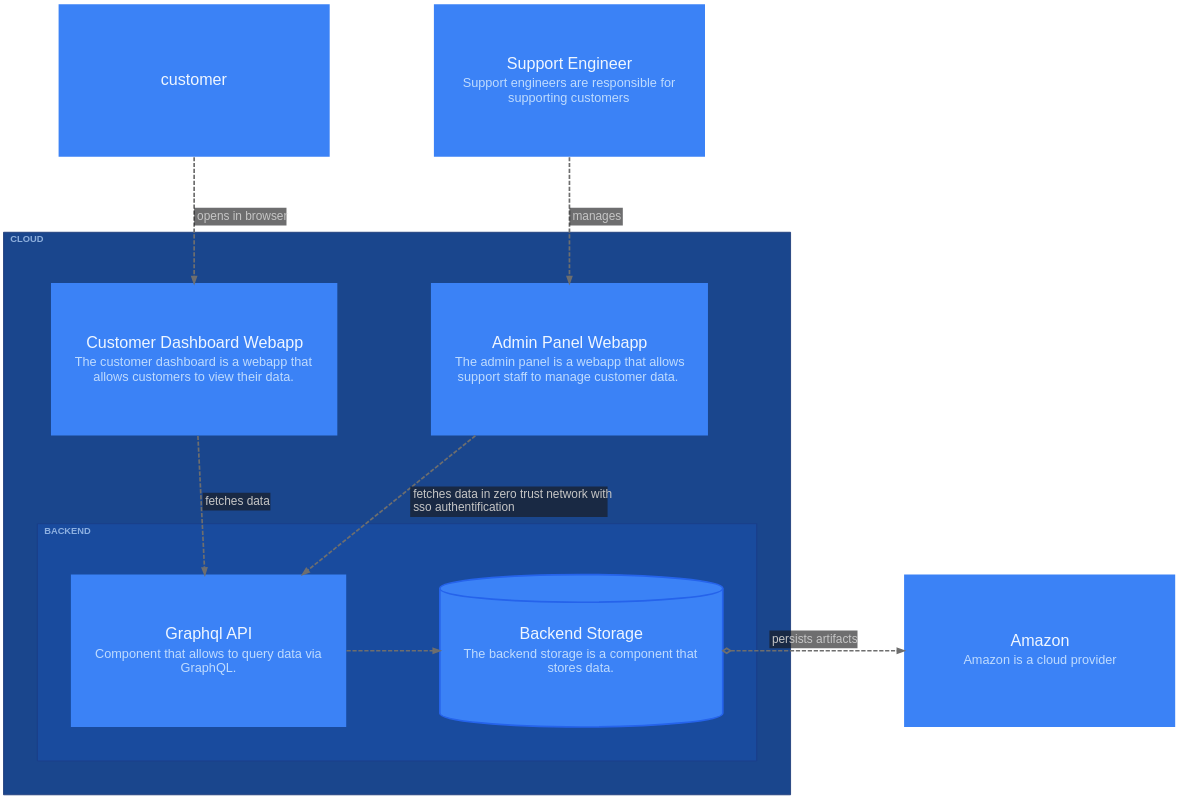
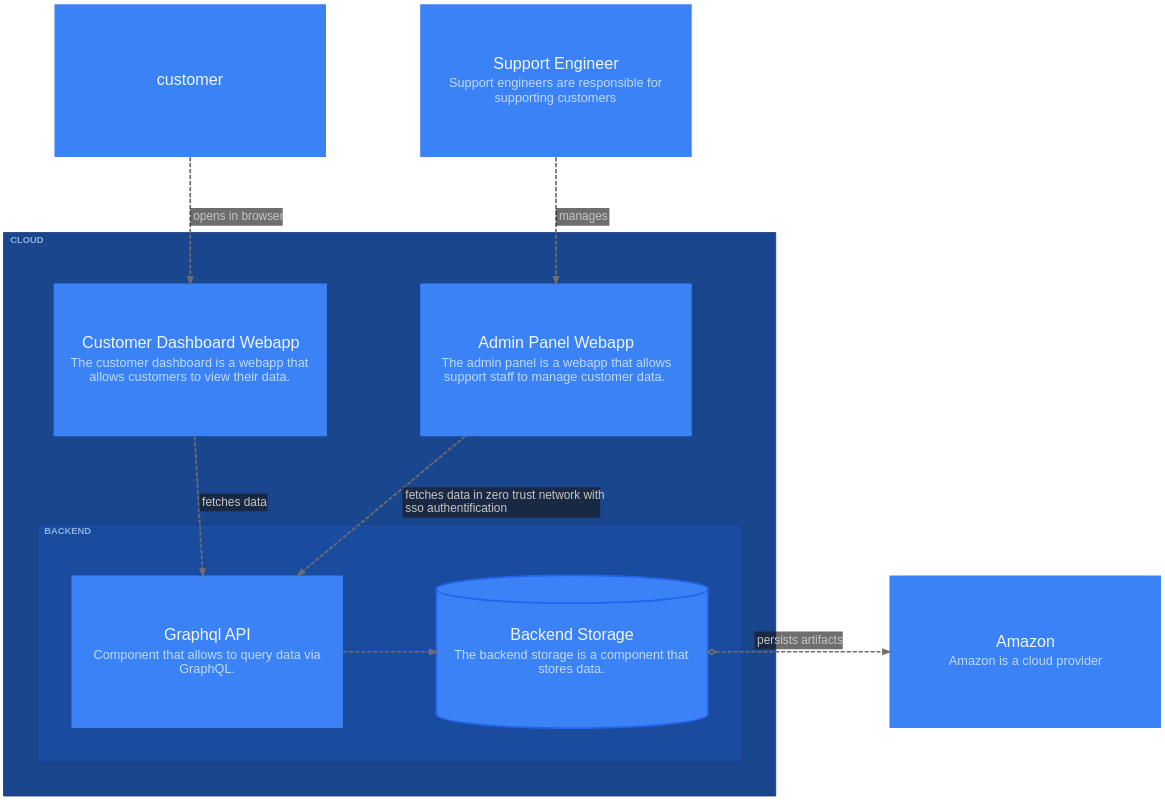
The diagram in packages/layouts/src/graphviz/__snapshots__/ElementViewPrinter-cloud3levels.dot (likec4/likec4), drawn with Graphviz before and after one commit. The commit also changed 5 other files, not shown here.

```diff
--- a/packages/layouts/src/graphviz/__snapshots__/ElementViewPrinter-cloud3levels.dot
+++ b/packages/layouts/src/graphviz/__snapshots__/ElementViewPrinter-cloud3levels.dot
@@ -1,157 +1,157 @@
 digraph {
   bgcolor = "transparent";
   layout = "dot";
   compound = true;
   rankdir = "TB";
   TBbalance = "min";
   splines = "spline";
   outputorder = "nodesfirst";
   nodesep = 1.528;
   ranksep = 1.667;
   pad = 0.209;
   fontname = "Arial";
   graph [
     fontsize = 15;
     labeljust = "l";
     labelloc = "t";
     margin = 50.1;
   ];
   edge [
     arrowsize = 0.75;
     fontname = "Arial";
     fontsize = 14;
     penwidth = 2;
     color = "#6E6E6E";
     fontcolor = "#C6C6C6";
   ];
   node [
     fontname = "Arial";
     shape = "rect";
     fillcolor = "#3b82f6";
     fontcolor = "#eff6ff";
     color = "#2563eb";
     style = "filled";
     penwidth = 0;
   ];
   "customer" [
     likec4_id = "customer";
     likec4_level = 0;
     label = <<FONT POINT-SIZE="19">customer</FONT>>;
-    margin = "0.334,0.334";
+    margin = "0.223,0.223";
     width = 4.445;
     height = 2.5;
   ];
   "support" [
     likec4_id = "support";
     likec4_level = 0;
     label = <<TABLE BORDER="0" CELLPADDING="0" CELLSPACING="4"><TR><TD><FONT POINT-SIZE="19">Support Engineer</FONT></TD></TR><TR><TD><FONT POINT-SIZE="15" COLOR="#bfdbfe">Support engineers are responsible for<BR/>supporting customers</FONT></TD></TR></TABLE>>;
-    margin = "0.334,0.334";
+    margin = "0.223,0.223";
     width = 4.445;
     height = 2.5;
   ];
   "dashboard" [
     likec4_id = "cloud.frontend.dashboard";
     likec4_level = 1;
     label = <<TABLE BORDER="0" CELLPADDING="0" CELLSPACING="4"><TR><TD><FONT POINT-SIZE="19">Customer Dashboard Webapp</FONT></TD></TR><TR><TD><FONT POINT-SIZE="15" COLOR="#bfdbfe">The customer dashboard is a webapp that<BR/>allows customers to view their data.</FONT></TD></TR></TABLE>>;
-    margin = "0.334,0.334";
+    margin = "0.223,0.223";
     width = 4.445;
     height = 2.5;
     group = "cloud";
   ];
   "adminpanel" [
     likec4_id = "cloud.frontend.adminPanel";
     likec4_level = 1;
     label = <<TABLE BORDER="0" CELLPADDING="0" CELLSPACING="4"><TR><TD><FONT POINT-SIZE="19">Admin Panel Webapp</FONT></TD></TR><TR><TD><FONT POINT-SIZE="15" COLOR="#bfdbfe">The admin panel is a webapp that allows<BR/>support staff to manage customer data.</FONT></TD></TR></TABLE>>;
-    margin = "0.334,0.334";
+    margin = "0.223,0.223";
     width = 4.445;
     height = 2.5;
     group = "cloud";
   ];
   "graphql" [
     likec4_id = "cloud.backend.graphql";
     likec4_level = 2;
     label = <<TABLE BORDER="0" CELLPADDING="0" CELLSPACING="4"><TR><TD><FONT POINT-SIZE="19">Graphql API</FONT></TD></TR><TR><TD><FONT POINT-SIZE="15" COLOR="#bfdbfe">Component that allows to query data via<BR/>GraphQL.</FONT></TD></TR></TABLE>>;
-    margin = "0.334,0.334";
+    margin = "0.223,0.223";
     width = 4.445;
     height = 2.5;
     group = "cloud";
   ];
   "storage" [
     likec4_id = "cloud.backend.storage";
     likec4_level = 2;
     label = <<TABLE BORDER="0" CELLPADDING="0" CELLSPACING="4"><TR><TD><FONT POINT-SIZE="19">Backend Storage</FONT></TD></TR><TR><TD><FONT POINT-SIZE="15" COLOR="#bfdbfe">The backend storage is a component that<BR/>stores data.</FONT></TD></TR></TABLE>>;
-    margin = "0.334,0";
+    margin = "0.223,0";
     width = 4.445;
     height = 2.5;
     penwidth = 2;
     shape = "cylinder";
     group = "cloud";
   ];
   "amazon" [
     likec4_id = "amazon";
     likec4_level = 0;
     label = <<TABLE BORDER="0" CELLPADDING="0" CELLSPACING="4"><TR><TD><FONT POINT-SIZE="19">Amazon</FONT></TD></TR><TR><TD><FONT POINT-SIZE="15" COLOR="#bfdbfe">Amazon is a cloud provider</FONT></TD></TR></TABLE>>;
-    margin = "0.334,0.334";
+    margin = "0.223,0.223";
     width = 4.445;
     height = 2.5;
   ];
   subgraph "cluster_cloud" {
     likec4_id = "cloud";
     likec4_level = 0;
     likec4_depth = 2;
     fillcolor = "#1a468d";
     color = "#1c3979";
     style = "filled";
     margin = 40;
     label = <<FONT POINT-SIZE="11" COLOR="#bfdbfeb3"><B>CLOUD</B></FONT>>;
     "dashboard";
     "adminpanel";
     subgraph "cluster_backend" {
       likec4_id = "cloud.backend";
       likec4_level = 1;
       likec4_depth = 1;
       fillcolor = "#194b9e";
       color = "#1b3d88";
       style = "filled";
       margin = 40;
       label = <<FONT POINT-SIZE="11" COLOR="#bfdbfeb3"><B>BACKEND</B></FONT>>;
       "graphql";
       "storage";
     }
   }
   "customer" -> "dashboard" [
     likec4_id = "customer:cloud.frontend.dashboard";
     style = "dashed";
     label = <<TABLE BORDER="0" CELLPADDING="3" CELLSPACING="0" BGCOLOR="#18191bA0"><TR><TD ALIGN="TEXT" BALIGN="LEFT"><FONT POINT-SIZE="14">opens in browser</FONT></TD></TR></TABLE>>;
   ];
   "support" -> "adminpanel" [
     likec4_id = "support:cloud.frontend.adminPanel";
     style = "dashed";
     label = <<TABLE BORDER="0" CELLPADDING="3" CELLSPACING="0" BGCOLOR="#18191bA0"><TR><TD ALIGN="TEXT" BALIGN="LEFT"><FONT POINT-SIZE="14">manages</FONT></TD></TR></TABLE>>;
   ];
   "adminpanel" -> "graphql" [
     likec4_id = "cloud.frontend.adminPanel:cloud.backend.graphql";
     style = "dashed";
     label = <<TABLE BORDER="0" CELLPADDING="3" CELLSPACING="0" BGCOLOR="#18191bA0"><TR><TD ALIGN="TEXT" BALIGN="LEFT"><FONT POINT-SIZE="14">fetches data in zero trust network with<BR/>sso authentification</FONT></TD></TR></TABLE>>;
   ];
   "dashboard" -> "graphql" [
     likec4_id = "cloud.frontend.dashboard:cloud.backend.graphql";
     style = "dashed";
     label = <<TABLE BORDER="0" CELLPADDING="3" CELLSPACING="0" BGCOLOR="#18191bA0"><TR><TD ALIGN="TEXT" BALIGN="LEFT"><FONT POINT-SIZE="14">fetches data</FONT></TD></TR></TABLE>>;
   ];
   "storage" -> "amazon" [
     likec4_id = "cloud.backend.storage:amazon";
     style = "dashed";
     label = <<TABLE BORDER="0" CELLPADDING="3" CELLSPACING="0" BGCOLOR="#18191bA0"><TR><TD ALIGN="TEXT" BALIGN="LEFT"><FONT POINT-SIZE="14">persists artifacts</FONT></TD></TR></TABLE>>;
     arrowhead = "normal";
     arrowtail = "odiamond";
     dir = "both";
     minlen = 0;
   ];
   "graphql" -> "storage" [
     likec4_id = "cloud.backend.graphql:cloud.backend.storage";
     style = "dashed";
     weight = 3;
     minlen = 0;
   ];
 }
```
